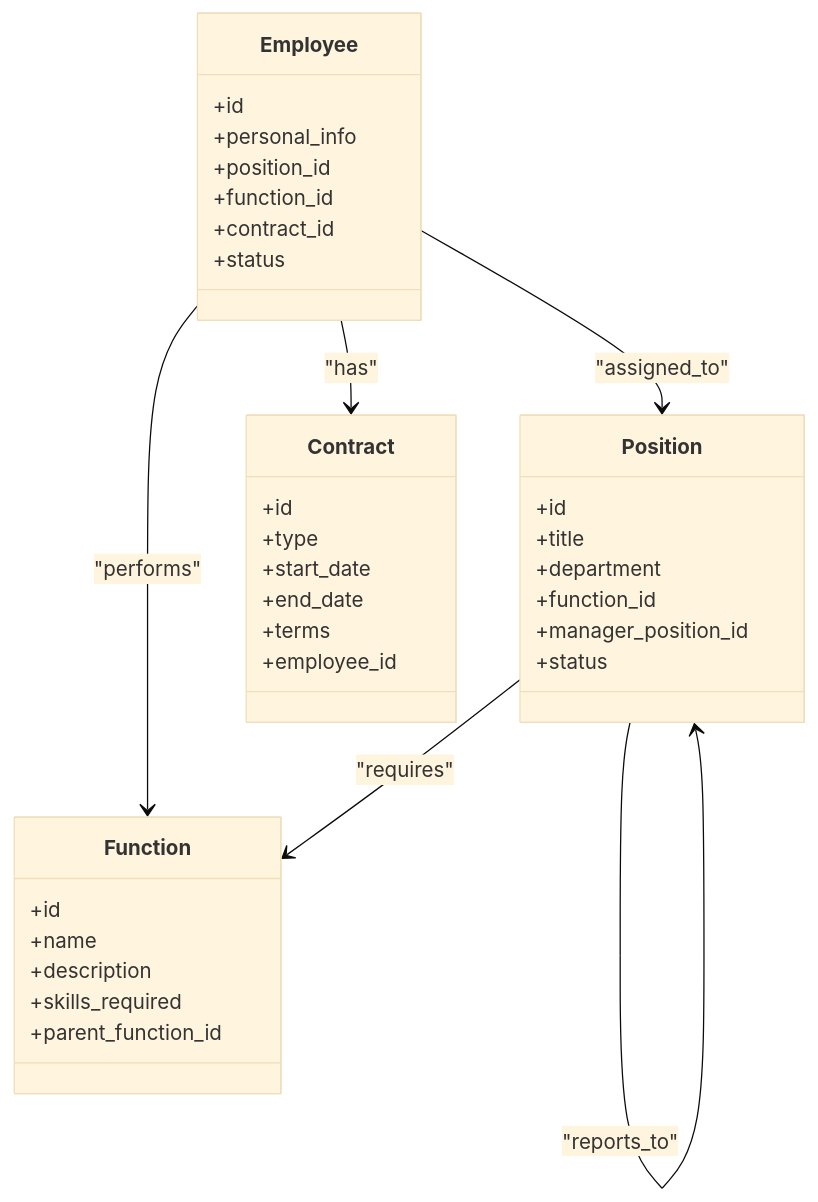
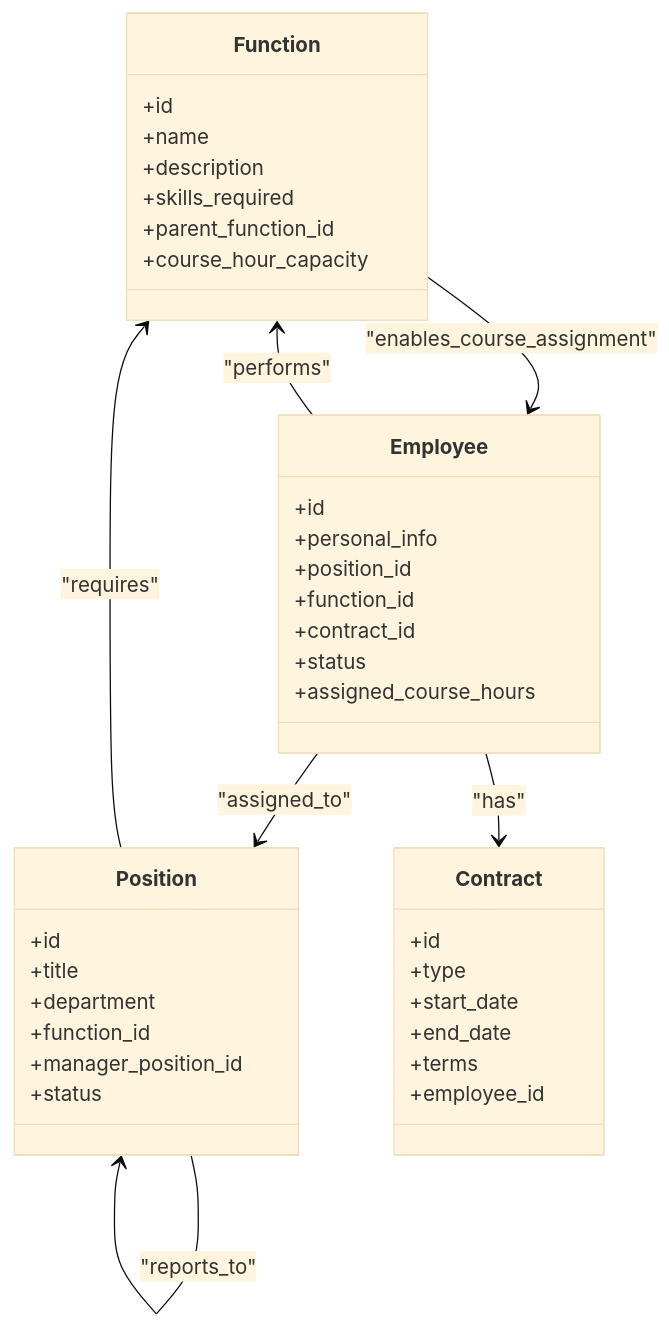
One commit to franckylab/eLISAschool changed the fourth of 8 diagrams in .qoder/repowiki/en/content/Human Resources Management/Personnel Administration/Personnel Administration.md. Above: the diagram before and after it, drawn with Mermaid (base theme). The commit also changed other lines of this file and 49 other files, not shown here.

````diff
--- a/.qoder/repowiki/en/content/Human Resources Management/Personnel Administration/Personnel Administration.md
+++ b/.qoder/repowiki/en/content/Human Resources Management/Personnel Administration/Personnel Administration.md
@@ -233,39 +256,42 @@
 ```mermaid
 classDiagram
 class Function {
 +id
 +name
 +description
 +skills_required
 +parent_function_id
++course_hour_capacity
 }
 class Position {
 +id
 +title
 +department
 +function_id
 +manager_position_id
 +status
 }
 class Employee {
 +id
 +personal_info
 +position_id
 +function_id
 +contract_id
 +status
++assigned_course_hours
 }
 class Contract {
 +id
 +type
 +start_date
 +end_date
 +terms
 +employee_id
 }
 Employee --> Position : "assigned_to"
 Employee --> Function : "performs"
 Position --> Function : "requires"
 Position --> Position : "reports_to"
 Employee --> Contract : "has"
+Function --> Employee : "enables_course_assignment"
 ```
````
